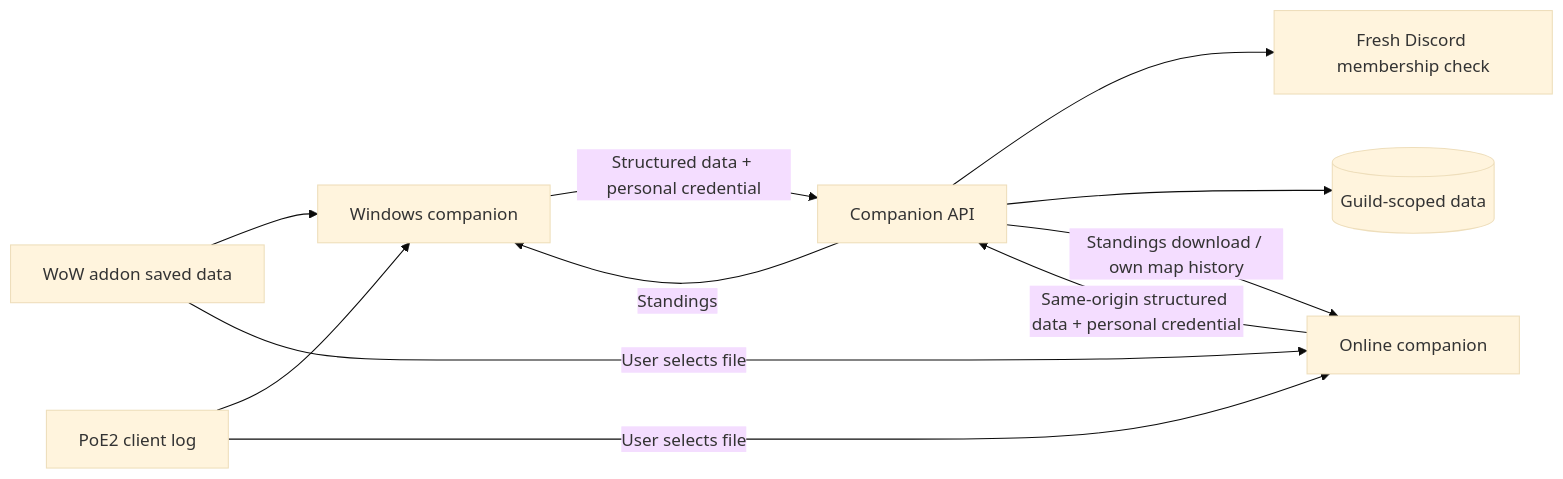
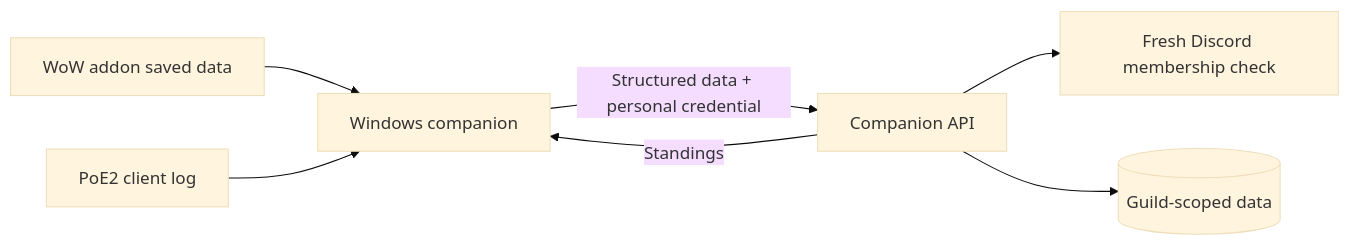
Before and after one commit to kevincaron28/Guilded: the diagram in docs/COMPANION_EXPERIENCE.md, drawn with Mermaid (base theme). The commit also changed other lines of this file and 84 other files, not shown here.

````diff
--- a/docs/COMPANION_EXPERIENCE.md
+++ b/docs/COMPANION_EXPERIENCE.md
@@ -85,13 +55,9 @@
 ```mermaid
 flowchart LR
   W[WoW addon saved data] --> D[Windows companion]
   P[PoE2 client log] --> D
-  W -->|User selects file| B[Online companion]
-  P -->|User selects file| B
   D -->|Structured data + personal credential| A[Companion API]
-  B -->|Same-origin structured data + personal credential| A
   A --> M[Fresh Discord membership check]
   A --> DB[(Guild-scoped data)]
   A -->|Standings| D
-  A -->|Standings download / own map history| B
 ```
````
